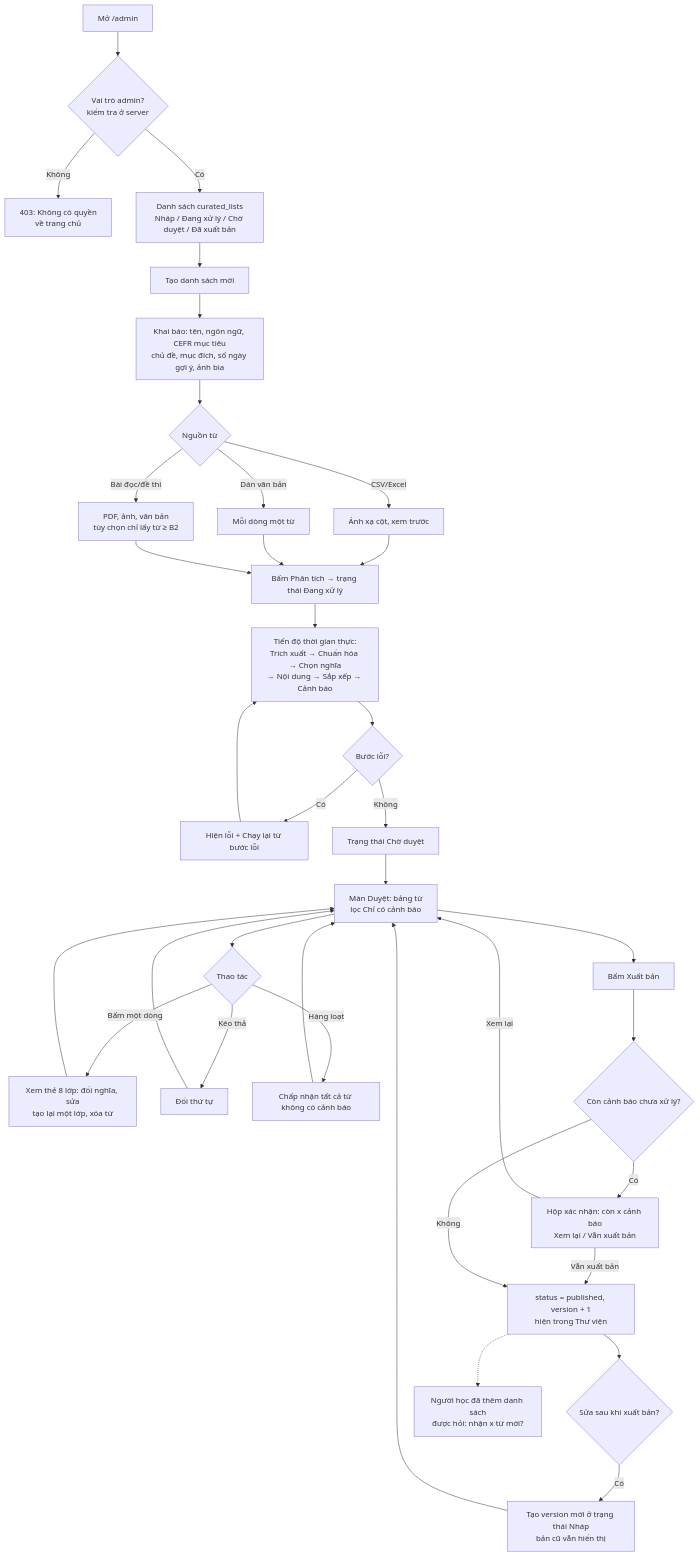
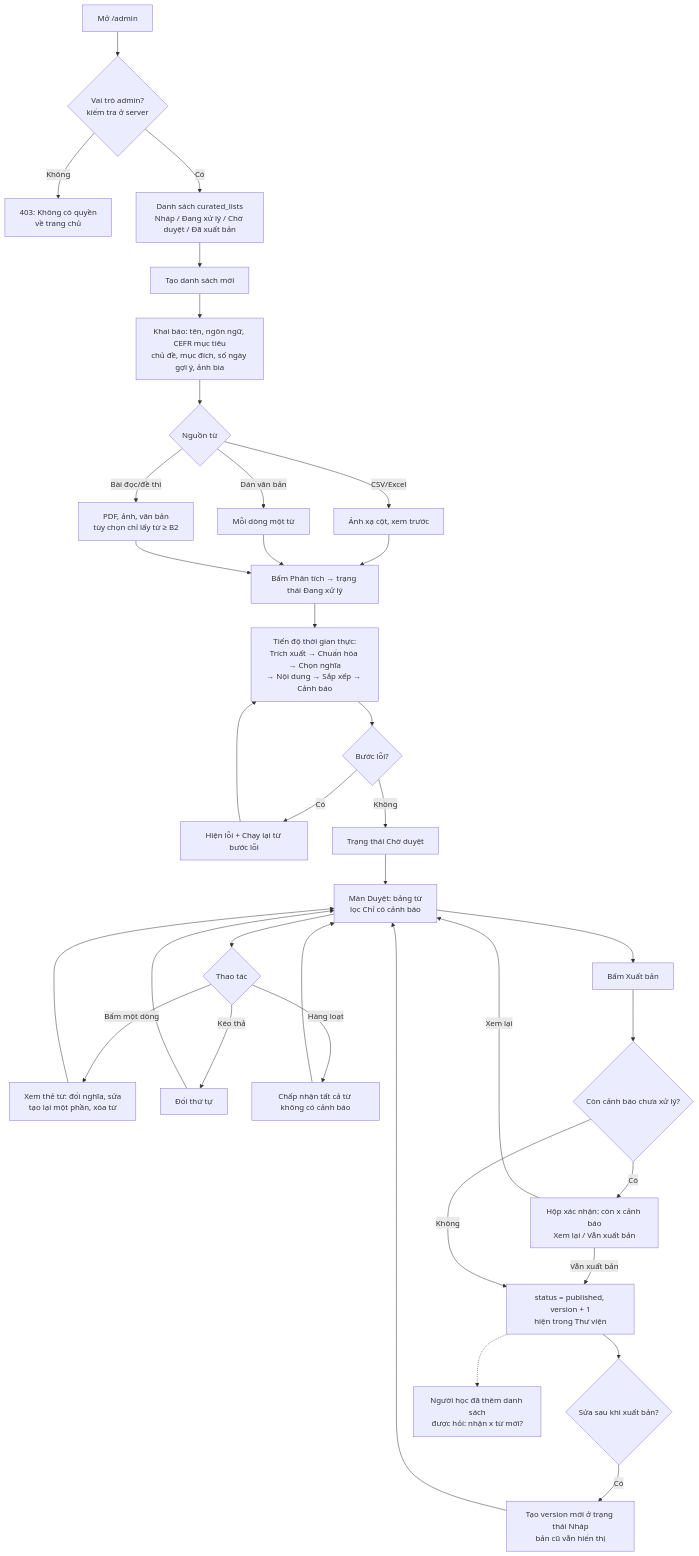
Before and after one commit to mrtitoong/wordwise: the seventh of 7 diagrams in docs/ux-flows.md, drawn with Mermaid. The commit also changed other lines of this file and 8 other files, not shown here.

````diff
--- a/docs/ux-flows.md
+++ b/docs/ux-flows.md
@@ -307,37 +307,37 @@
 ```mermaid
 flowchart TD
     A["Mở /admin"] --> B{"Vai trò admin?<br/>kiểm tra ở server"}
     B -->|"Không"| B1["403: Không có quyền<br/>về trang chủ"]
     B -->|"Có"| C["Danh sách curated_lists<br/>Nháp / Đang xử lý / Chờ duyệt / Đã xuất bản"]
     C --> D["Tạo danh sách mới"]
     D --> E["Khai báo: tên, ngôn ngữ, CEFR mục tiêu<br/>chủ đề, mục đích, số ngày gợi ý, ảnh bìa"]
     E --> F{"Nguồn từ"}
     F -->|"CSV/Excel"| F1["Ánh xạ cột, xem trước"]
     F -->|"Dán văn bản"| F2["Mỗi dòng một từ"]
     F -->|"Bài đọc/đề thi"| F3["PDF, ảnh, văn bản<br/>tùy chọn chỉ lấy từ ≥ B2"]
     F1 --> G
     F2 --> G
     F3 --> G
     G["Bấm Phân tích → trạng thái Đang xử lý"] --> H["Tiến độ thời gian thực:<br/>Trích xuất → Chuẩn hóa → Chọn nghĩa<br/>→ Nội dung → Sắp xếp → Cảnh báo"]
     H --> I{"Bước lỗi?"}
     I -->|"Có"| I1["Hiện lỗi + Chạy lại từ bước lỗi"] --> H
     I -->|"Không"| J["Trạng thái Chờ duyệt"]
     J --> K["Màn Duyệt: bảng từ<br/>lọc Chỉ có cảnh báo"]
     K --> L{"Thao tác"}
-    L -->|"Bấm một dòng"| L1["Xem thẻ 8 lớp: đổi nghĩa, sửa<br/>tạo lại một lớp, xóa từ"]
+    L -->|"Bấm một dòng"| L1["Xem thẻ từ: đổi nghĩa, sửa<br/>tạo lại một phần, xóa từ"]
     L -->|"Kéo thả"| L2["Đổi thứ tự"]
     L -->|"Hàng loạt"| L3["Chấp nhận tất cả từ không có cảnh báo"]
     L1 --> K
     L2 --> K
     L3 --> K
     K --> M["Bấm Xuất bản"]
     M --> N{"Còn cảnh báo chưa xử lý?"}
     N -->|"Có"| N1["Hộp xác nhận: còn x cảnh báo<br/>Xem lại / Vẫn xuất bản"]
     N1 -->|"Xem lại"| K
     N1 -->|"Vẫn xuất bản"| O
     N -->|"Không"| O["status = published, version + 1<br/>hiện trong Thư viện"]
     O --> P{"Sửa sau khi xuất bản?"}
     P -->|"Có"| P1["Tạo version mới ở trạng thái Nháp<br/>bản cũ vẫn hiển thị"]
     P1 --> K
     O -.-> Q["Người học đã thêm danh sách<br/>được hỏi: nhận x từ mới?"]
 ```
````
